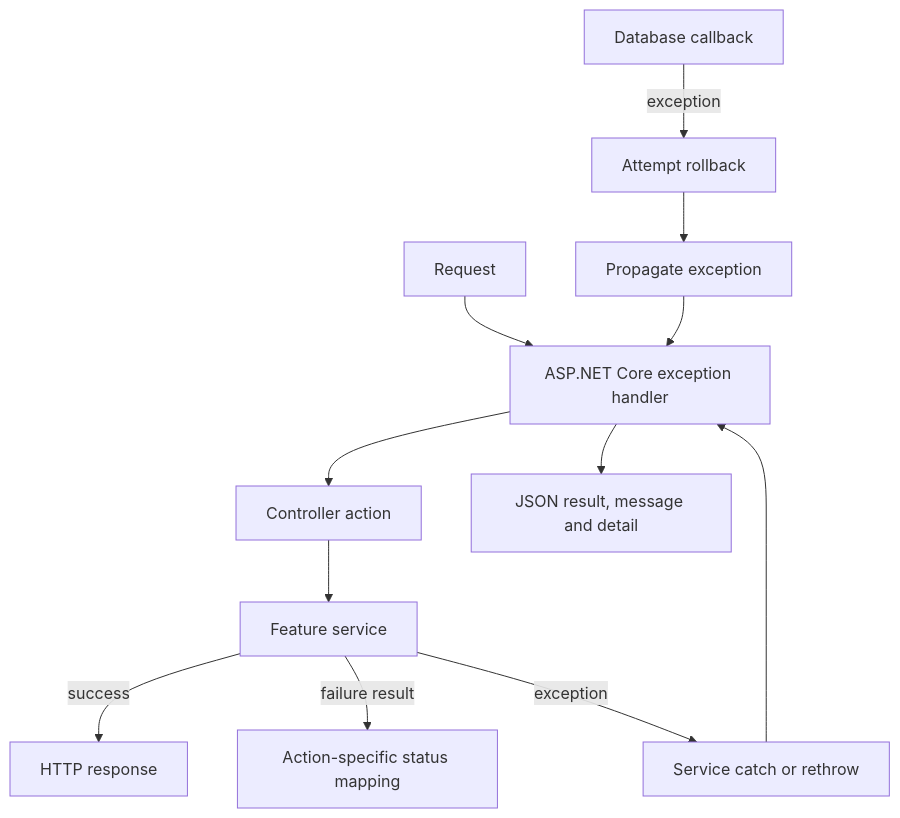
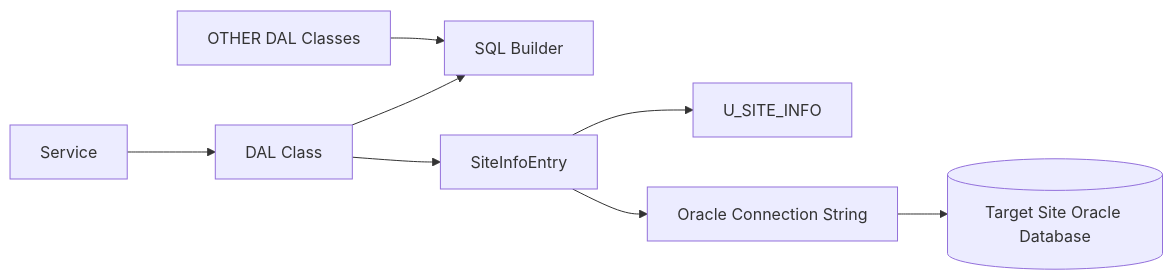
One commit to Raghavendra194/my-courses changed the third of 4 diagrams in Technical-Design-Document.md. Above: the diagram before and after it, drawn with Mermaid. The commit also changed other lines of this file, not shown here.

````diff
--- a/Technical-Design-Document.md
+++ b/Technical-Design-Document.md
@@ -528,14 +265,10 @@
 ```mermaid
-flowchart TD
-  Request[Request] --> Handler[ASP.NET Core exception handler]
-  Handler --> Controller[Controller action]
-  Controller --> Service[Feature service]
-  Service -->|success| Response[HTTP response]
-  Service -->|failure result| Mapping[Action-specific status mapping]
-  Service -->|exception| Catch[Service catch or rethrow]
-  Catch --> Handler
-  Handler --> Json[JSON result, message and detail]
-  Db[Database callback] -->|exception| Rollback[Attempt rollback]
-  Rollback --> Propagate[Propagate exception]
-  Propagate --> Handler
+flowchart LR
+    A[Service] --> B[DAL Class]
+    B --> C[SQL Builder]
+    B --> D[SiteInfoEntry]
+    D --> E[U_SITE_INFO]
+    D --> F[Oracle Connection String]
+    F --> G[(Target Site Oracle Database)]
+    H[OTHER DAL Classes] --> C
 ```
````
